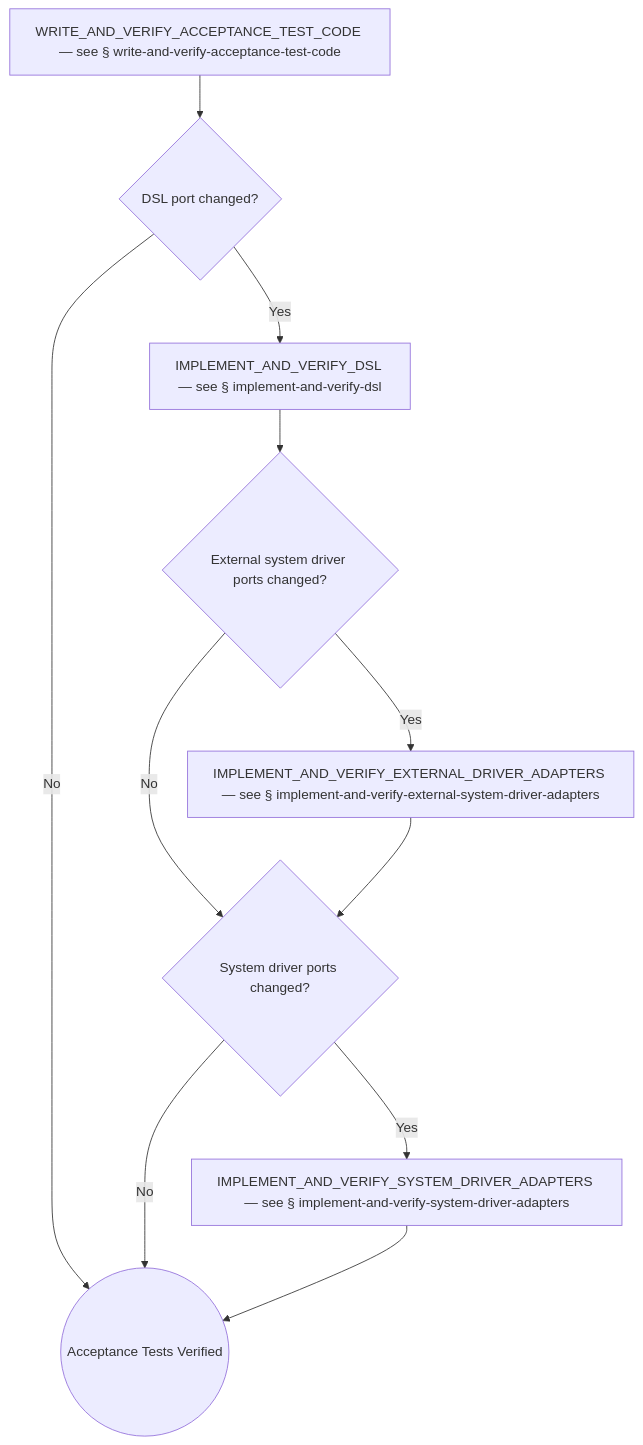
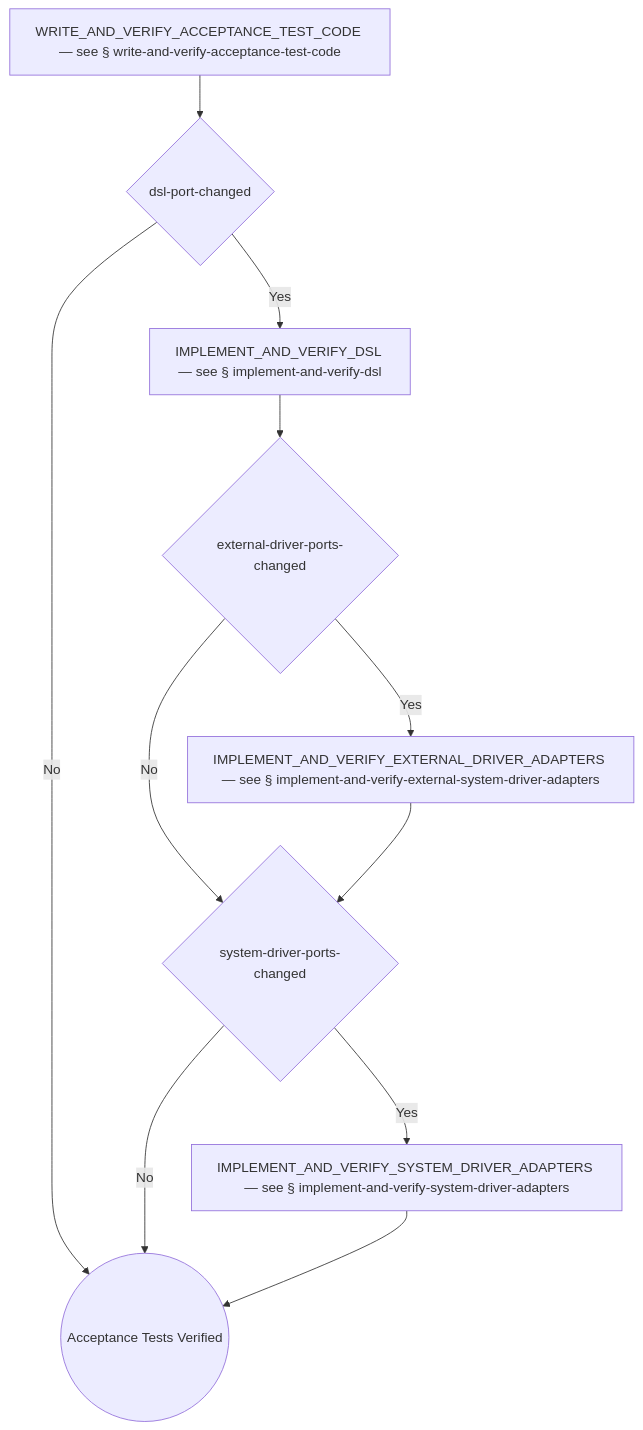
Before and after one commit to optivem/gh-optivem: diagram 15 of 50 in docs/process-diagram.md, drawn with Mermaid. The commit also changed other lines of this file and 3 other files, not shown here.

````diff
--- a/docs/process-diagram.md
+++ b/docs/process-diagram.md
@@ -333,22 +333,22 @@
 ```mermaid
 flowchart TD
-    GATE_DSL_PORT_CHANGED{DSL port changed?}
-    GATE_EXTERNAL_DRIVER_PORTS_CHANGED{External system driver ports changed?}
-    GATE_SYSTEM_DRIVER_PORTS_CHANGED{System driver ports changed?}
+    GATE_DSL_PORT_CHANGED{dsl-port-changed}
+    GATE_EXTERNAL_DRIVER_PORTS_CHANGED{external-driver-ports-changed}
+    GATE_SYSTEM_DRIVER_PORTS_CHANGED{system-driver-ports-changed}
     IMPLEMENT_AND_VERIFY_DSL[IMPLEMENT_AND_VERIFY_DSL — see § implement-and-verify-dsl]
     IMPLEMENT_AND_VERIFY_EXTERNAL_DRIVER_ADAPTERS[IMPLEMENT_AND_VERIFY_EXTERNAL_DRIVER_ADAPTERS — see § implement-and-verify-external-system-driver-adapters]
     IMPLEMENT_AND_VERIFY_SYSTEM_DRIVER_ADAPTERS[IMPLEMENT_AND_VERIFY_SYSTEM_DRIVER_ADAPTERS — see § implement-and-verify-system-driver-adapters]
     WAV_AT_END((Acceptance Tests Verified))
     WRITE_AND_VERIFY_ACCEPTANCE_TEST_CODE[WRITE_AND_VERIFY_ACCEPTANCE_TEST_CODE — see § write-and-verify-acceptance-test-code]
 
     WRITE_AND_VERIFY_ACCEPTANCE_TEST_CODE --> GATE_DSL_PORT_CHANGED
     GATE_DSL_PORT_CHANGED -- Yes --> IMPLEMENT_AND_VERIFY_DSL
     GATE_DSL_PORT_CHANGED -- No --> WAV_AT_END
     IMPLEMENT_AND_VERIFY_DSL --> GATE_EXTERNAL_DRIVER_PORTS_CHANGED
     GATE_EXTERNAL_DRIVER_PORTS_CHANGED -- Yes --> IMPLEMENT_AND_VERIFY_EXTERNAL_DRIVER_ADAPTERS
     GATE_EXTERNAL_DRIVER_PORTS_CHANGED -- No --> GATE_SYSTEM_DRIVER_PORTS_CHANGED
     IMPLEMENT_AND_VERIFY_EXTERNAL_DRIVER_ADAPTERS --> GATE_SYSTEM_DRIVER_PORTS_CHANGED
     GATE_SYSTEM_DRIVER_PORTS_CHANGED -- Yes --> IMPLEMENT_AND_VERIFY_SYSTEM_DRIVER_ADAPTERS
     GATE_SYSTEM_DRIVER_PORTS_CHANGED -- No --> WAV_AT_END
     IMPLEMENT_AND_VERIFY_SYSTEM_DRIVER_ADAPTERS --> WAV_AT_END
 ```
````
